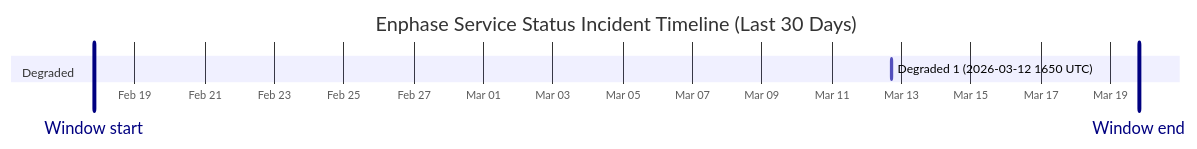
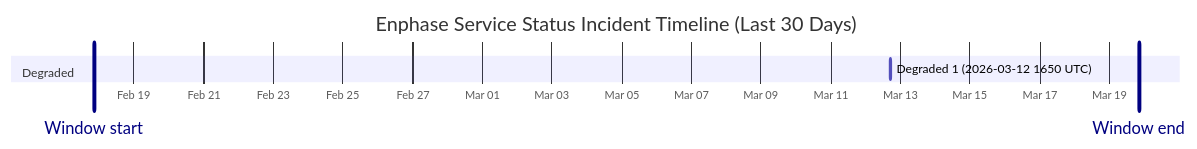
The diagram in wiki/Service-Status-History.md (barneyonline/ha-enphase-ev-charger), drawn with Mermaid before and after one commit. The commit also changed other lines of this file and 3 other files, not shown here.

````diff
--- a/wiki/Service-Status-History.md
+++ b/wiki/Service-Status-History.md
@@ -14,10 +14,10 @@
 ```mermaid
 gantt
     title Enphase Service Status Incident Timeline (Last 30 Days)
     dateFormat  YYYY-MM-DDTHH:mm:ss
     axisFormat  %b %d
-    Window start :vert, window-start, 2026-02-17T19:40:27, 0ms
-    Window end :vert, window-end, 2026-03-19T19:40:27, 0ms
+    Window start :vert, window-start, 2026-02-17T20:27:12, 0ms
+    Window end :vert, window-end, 2026-03-19T20:27:12, 0ms
     section Degraded
     Degraded 1 (2026-03-12 1650 UTC) :active, degraded-1, 2026-03-12T16:50:43, 60m
 ```
````
